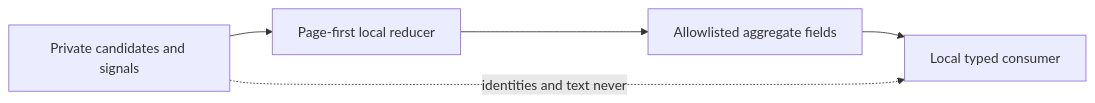
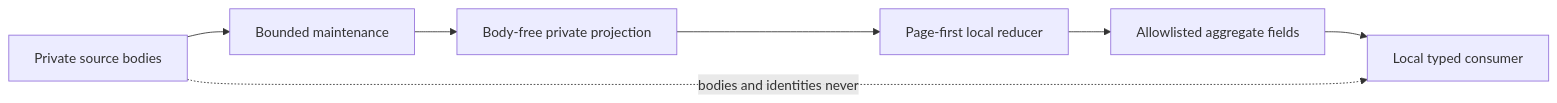
The fourth of 4 diagrams in docs/specs/dbsctr_v3_lifecycle/features/history-incident-query-performance.md (Saltiola7/dotfiles-ai), drawn with Mermaid before and after one commit. The commit also changed other lines of this file and 5 other files, not shown here.

Commit message:
docs(lifecycle): specify history projection v2

````diff
--- a/docs/specs/dbsctr_v3_lifecycle/features/history-incident-query-performance.md
+++ b/docs/specs/dbsctr_v3_lifecycle/features/history-incident-query-performance.md
@@ -513,9 +641,11 @@
 ```mermaid
 flowchart LR
     accTitle: History and Incident summary trust flow
-    accDescr: Private candidates and signals remain in the lifecycle source. Only allowlisted counts, metrics, availability, overflow, and continuation reach local typed consumers.
-    P[Private candidates and signals] --> R[Page-first local reducer]
+    accDescr: Private source bodies are parsed only by bounded maintenance and never stored. A body-free private projection feeds page-first aggregate and Incident summary reducers. Only allowlisted counts, metrics, availability, overflow, and continuation reach local typed consumers.
+    S[Private source bodies] --> M[Bounded maintenance]
+    M --> P[Body-free private projection]
+    P --> R[Page-first local reducer]
     R --> A[Allowlisted aggregate fields]
     A --> T[Local typed consumer]
-    P -. identities and text never .-> T
+    S -. bodies and identities never .-> T
 ```
````
